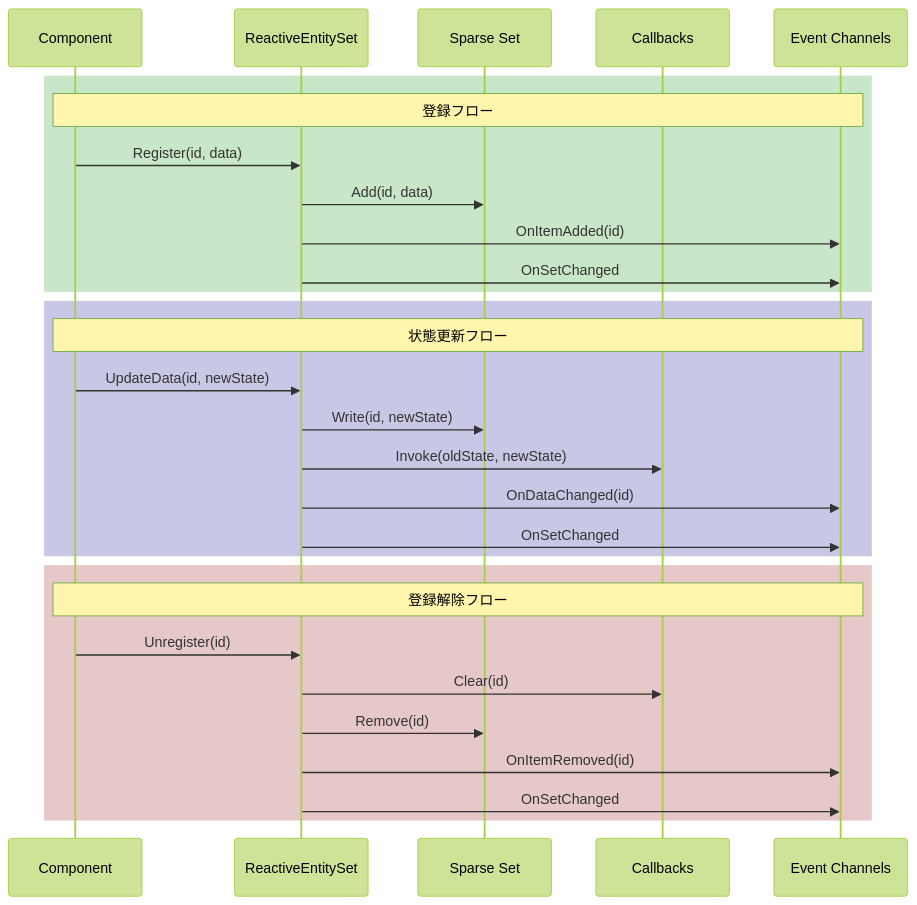
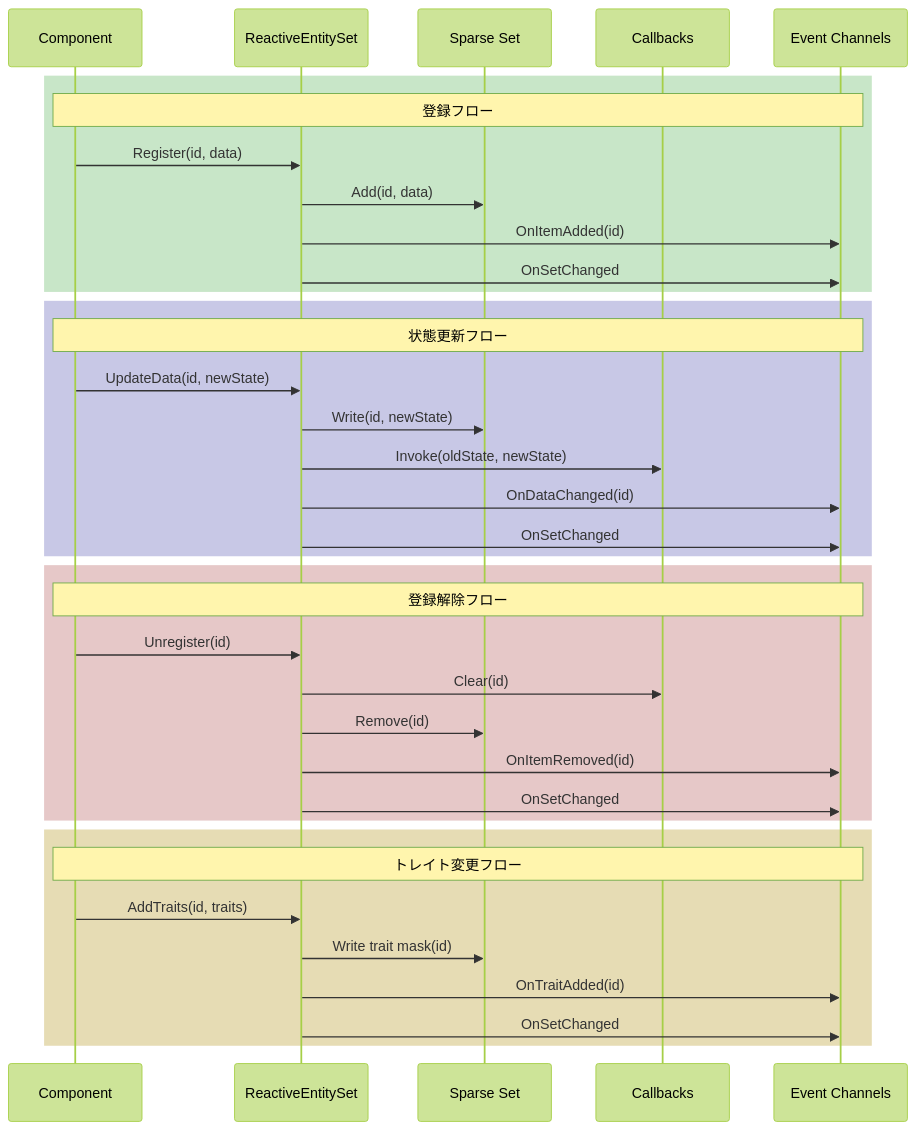
One commit to tang3cko/ReactiveSO-docs changed the diagram in ja/guides/reactive-entity-sets/events.md. Above: the diagram before and after it, drawn with Mermaid (forest theme). The commit also changed other lines of this file and 46 other files, not shown here.

````diff
--- a/ja/guides/reactive-entity-sets/events.md
+++ b/ja/guides/reactive-entity-sets/events.md
@@ -209,34 +211,42 @@
 ```mermaid
 sequenceDiagram
     participant C as Component
     participant RES as ReactiveEntitySet
     participant SS as Sparse Set
     participant CB as Callbacks
     participant EC as Event Channels
 
     rect rgb(200, 230, 200)
     Note over C,EC: 登録フロー
     C->>RES: Register(id, data)
     RES->>SS: Add(id, data)
     RES->>EC: OnItemAdded(id)
     RES->>EC: OnSetChanged
     end
 
     rect rgb(200, 200, 230)
     Note over C,EC: 状態更新フロー
     C->>RES: UpdateData(id, newState)
     RES->>SS: Write(id, newState)
     RES->>CB: Invoke(oldState, newState)
     RES->>EC: OnDataChanged(id)
     RES->>EC: OnSetChanged
     end
 
     rect rgb(230, 200, 200)
     Note over C,EC: 登録解除フロー
     C->>RES: Unregister(id)
     RES->>CB: Clear(id)
     RES->>SS: Remove(id)
     RES->>EC: OnItemRemoved(id)
     RES->>EC: OnSetChanged
     end
+
+    rect rgb(230, 220, 180)
+    Note over C,EC: トレイト変更フロー
+    C->>RES: AddTraits(id, traits)
+    RES->>SS: Write trait mask(id)
+    RES->>EC: OnTraitAdded(id)
+    RES->>EC: OnSetChanged
+    end
 ```
````
